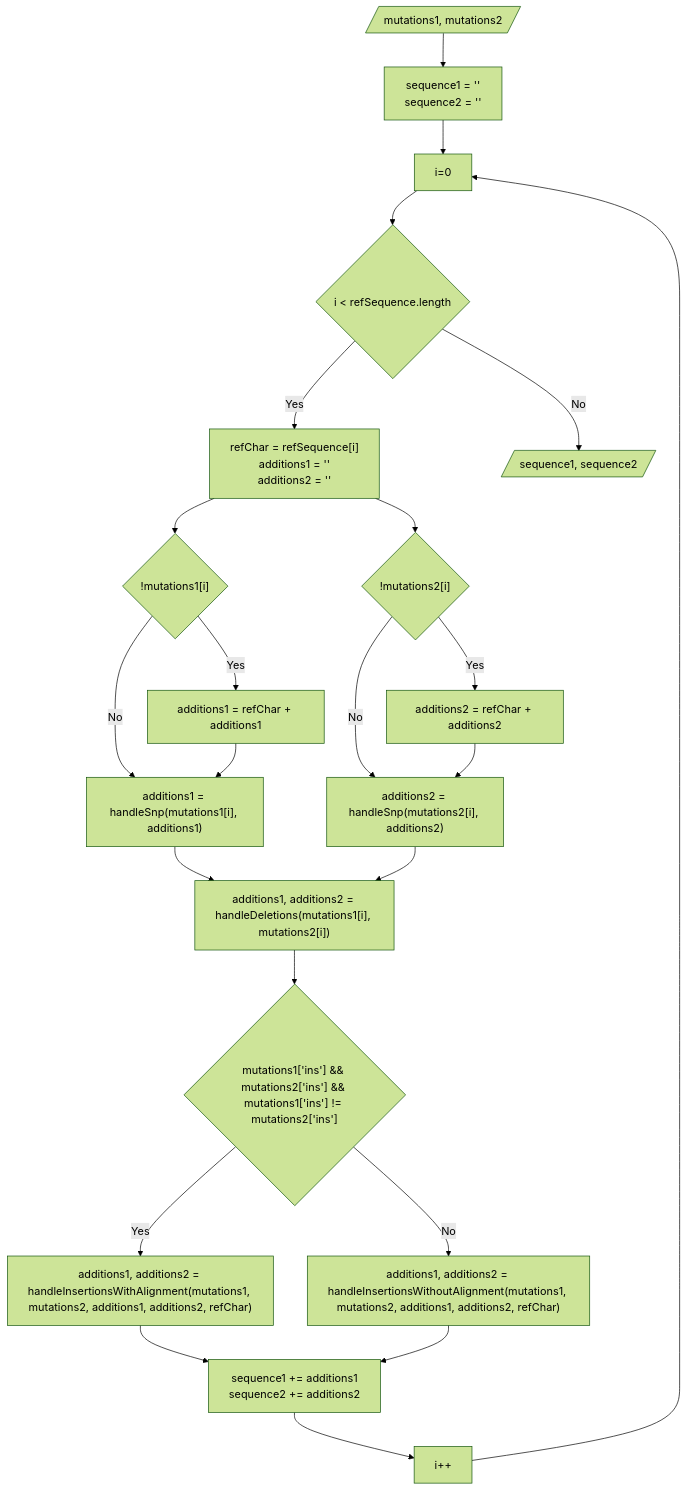
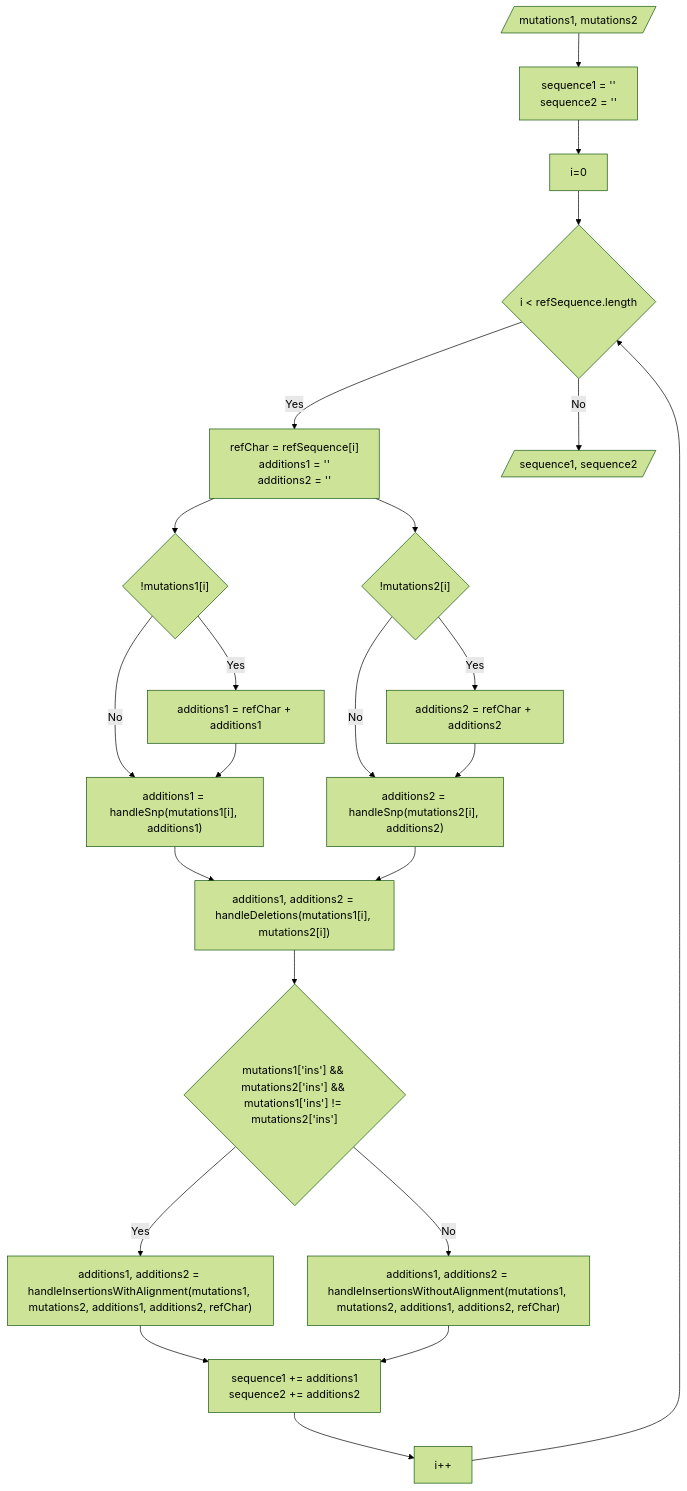
Before and after one commit to DiltheyLab/GENTRAIN: the fifth of 14 diagrams in documentation/docs/developers/genomic_operations.md, drawn with Mermaid (forest theme).

Commit message:
docs: fix for loop in pairwise sequence reconstruction

````diff
--- a/documentation/docs/developers/genomic_operations.md
+++ b/documentation/docs/developers/genomic_operations.md
@@ -215,26 +215,26 @@
 ```mermaid
 flowchart TB
    Input@{ shape: lean-r, label: "mutations1, mutations2" } --> A
    A["`sequence1 = ''
         sequence2 = ''`"] --> B
     B[i=0] --> C{i < refSequence.length} -->|Yes| D
     D["`refChar = refSequence[i]
     additions1 = ''
     additions2 = ''`"] --> E
     D --> F
     E{"`!mutations1[i]`"} -->|Yes| G
     F{"`!mutations2[i]`"} -->|Yes| H
     E -->|No| I
     F -->|No| J
     G[additions1 = refChar + additions1] --> I
     H[additions2 = refChar + additions2] --> J
     I["`additions1 = handleSnp(mutations1[i], additions1)`"] --> K
     J["`additions2 = handleSnp(mutations2[i], additions2)`"] --> K
     K["`additions1, additions2 = handleDeletions(mutations1[i], mutations2[i])`"] --> L
     L{"`mutations1['ins'] && mutations2['ins'] && mutations1['ins'] != mutations2['ins']`"} -->|Yes| M["`additions1, additions2 = handleInsertionsWithAlignment(mutations1, mutations2, additions1, additions2, refChar)`"] --> O
     L -->|No| N["`additions1, additions2 = handleInsertionsWithoutAlignment(mutations1, mutations2, additions1, additions2, refChar)`"] --> O
     O["`sequence1 += additions1
     sequence2 += additions2`"] --> X
-    X[i++] --> B
+    X[i++] --> C
     C -->|No| Output@{ shape: lean-r, label: "sequence1, sequence2" }
 ```
````
